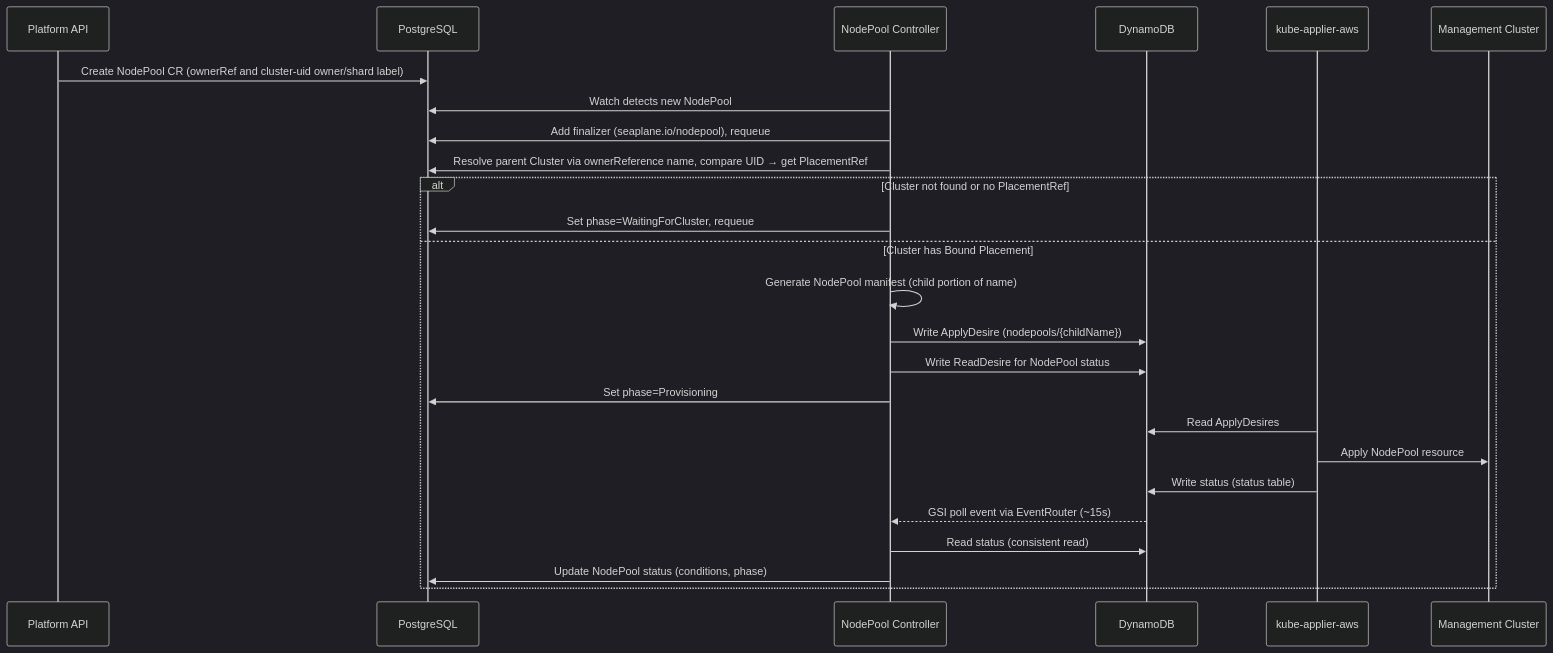
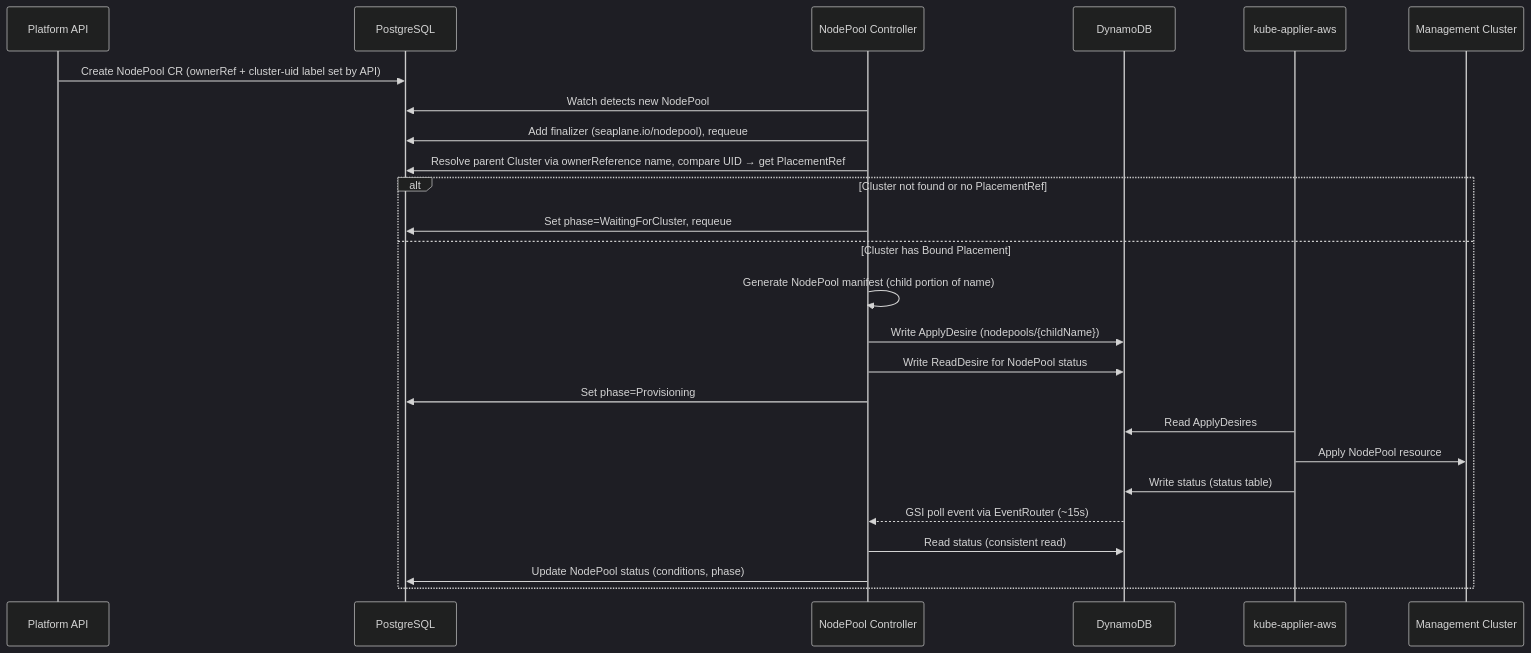
Before and after one commit to openshift-online/rosa-seaplane-api: the first of 2 diagrams in seaplane-operator/docs/nodepool-controller.md, drawn with Mermaid (dark theme). The commit also changed 27 other files, not shown here.

````diff
--- a/seaplane-operator/docs/nodepool-controller.md
+++ b/seaplane-operator/docs/nodepool-controller.md
@@ -5,29 +5,29 @@
 ```mermaid
 sequenceDiagram
     participant API as Platform API
     participant PG as PostgreSQL
     participant NPC as NodePool Controller
     participant DDB as DynamoDB
 
     participant KA as kube-applier-aws
     participant MC as Management Cluster
 
-    API->>PG: Create NodePool CR (ownerRef and cluster-uid owner/shard label)
+    API->>PG: Create NodePool CR (ownerRef + cluster-uid label set by API)
     NPC->>PG: Watch detects new NodePool
     NPC->>PG: Add finalizer (seaplane.io/nodepool), requeue
     NPC->>PG: Resolve parent Cluster via ownerReference name, compare UID → get PlacementRef
     alt Cluster not found or no PlacementRef
         NPC->>PG: Set phase=WaitingForCluster, requeue
     else Cluster has Bound Placement
         NPC->>NPC: Generate NodePool manifest (child portion of name)
         NPC->>DDB: Write ApplyDesire (nodepools/{childName})
         NPC->>DDB: Write ReadDesire for NodePool status
         NPC->>PG: Set phase=Provisioning
         KA->>DDB: Read ApplyDesires
         KA->>MC: Apply NodePool resource
         KA->>DDB: Write status (status table)
         DDB-->>NPC: GSI poll event via EventRouter (~15s)
         NPC->>DDB: Read status (consistent read)
         NPC->>PG: Update NodePool status (conditions, phase)
     end
 ```
````
